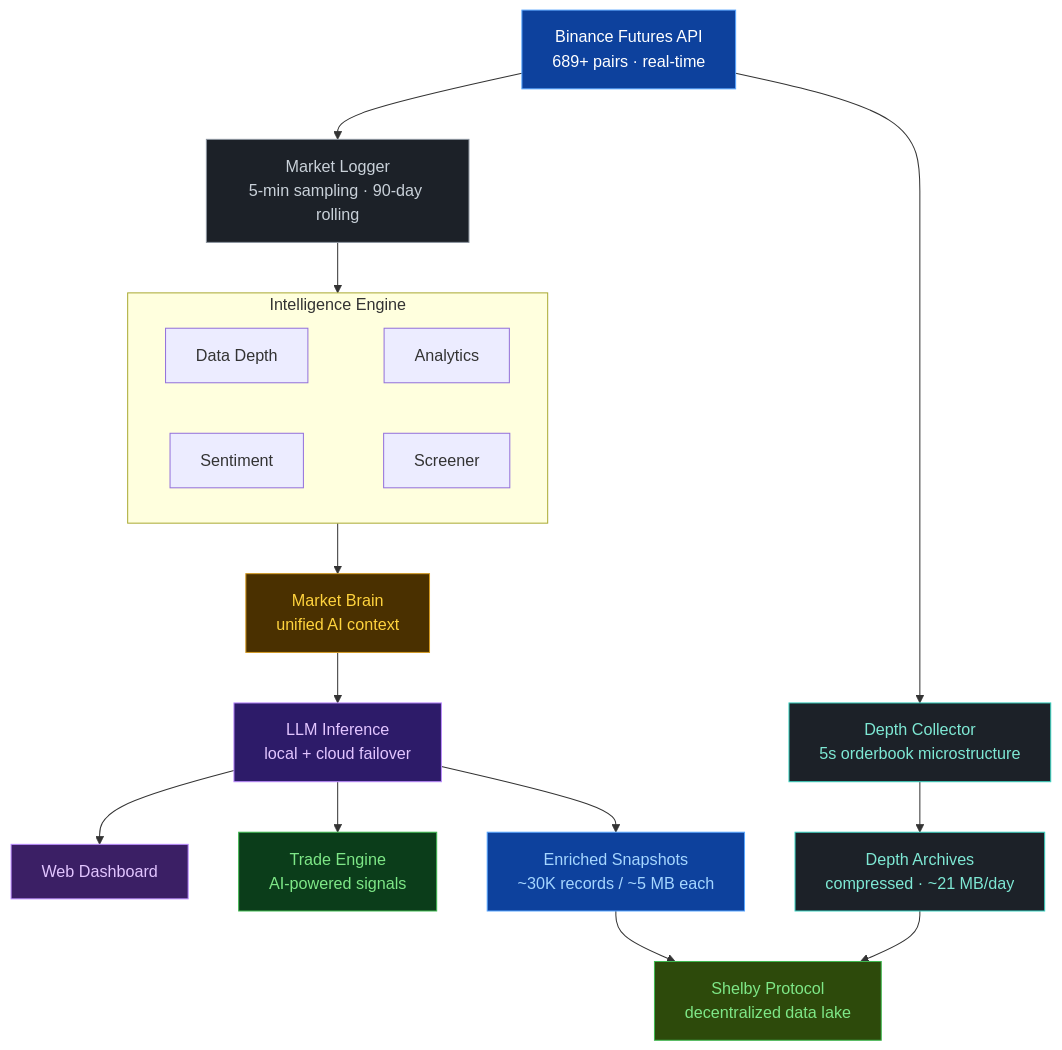
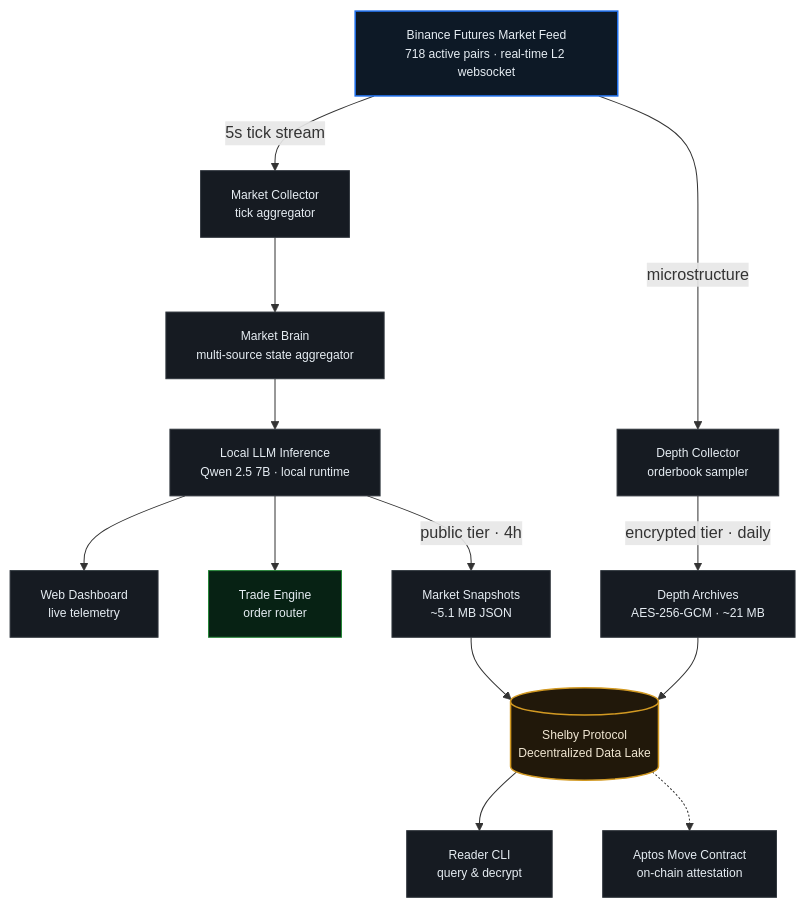
One commit to Assassinprotocol/hansen-ai-research-engine changed the diagram in README.md. Above: the diagram before and after it, drawn with Mermaid. The commit also changed other lines of this file and 8 other files, not shown here.

Commit message:
docs: update architecture overview and storage client

````diff
--- a/README.md
+++ b/README.md
@@ -138,35 +138,38 @@
 ```mermaid
 graph TD
-    A["Binance Futures API<br/>689+ pairs · real-time"] --> B
-    B["Market Logger<br/>5-min sampling · 90-day rolling"] --> C
+    %% TIER 1: INGESTION
+    FEED["Binance Futures Market Feed<br/>718 active pairs · real-time L2 websocket"]
 
-    subgraph C["Intelligence Engine"]
-        direction LR
-        C1["Data Depth"] ~~~ C2["Analytics"]
-        C3["Sentiment"] ~~~ C4["Screener"]
-    end
+    %% TIER 2: PARALLEL AGGREGATION
+    FEED -->|5s tick stream| TICK["Market Collector<br/>tick aggregator"]
+    FEED -->|microstructure| DEPTH["Depth Collector<br/>orderbook sampler"]
 
-    A --> DC["Depth Collector<br/>5s orderbook microstructure"]
+    %% TIER 3: INTELLIGENCE CORE
+    TICK --> BRAIN["Market Brain<br/>multi-source state aggregator"]
+    BRAIN --> LLM["Local LLM Inference<br/>Qwen 2.5 7B · local runtime"]
 
-    C --> D["Market Brain<br/>unified AI context"]
-    D --> E["LLM Inference<br/>local + cloud failover"]
+    %% TIER 4: OUTPUT SPLIT
+    LLM --> DASH["Web Dashboard<br/>live telemetry"]
+    LLM --> EXEC["Trade Engine<br/>order router"]
+    LLM -->|public tier · 4h| SNAP["Market Snapshots<br/>~5.1 MB JSON"]
+    DEPTH -->|encrypted tier · daily| ARCH["Depth Archives<br/>AES-256-GCM · ~21 MB"]
 
-    E --> G["Web Dashboard"]
-    E --> H["Trade Engine<br/>AI-powered signals"]
-    E --> S["Enriched Snapshots<br/>~30K records / ~5 MB each"]
-    DC --> DCA["Depth Archives<br/>compressed · ~21 MB/day"]
+    %% TIER 5: DECENTRALIZED PERSISTENCE
+    SNAP --> SHELBY[("Shelby Protocol<br/>Decentralized Data Lake")]
+    ARCH --> SHELBY
 
-    S --> SH["Shelby Protocol<br/>decentralized data lake"]
-    DCA --> SH
+    %% TIER 6: CONSUMPTION & PROOF
+    SHELBY --> CLI["Reader CLI<br/>query & decrypt"]
+    SHELBY -.-> APTOS["Aptos Move Contract<br/>on-chain attestation"]
 
-    style A fill:#0d419d,stroke:#58a6ff,color:#fff
-    style B fill:#1c2128,stroke:#8b949e,color:#c9d1d9
-    style DC fill:#1c2128,stroke:#39d2c0,color:#7ee8d4
-    style D fill:#4a3000,stroke:#d29922,color:#ffd33d
-    style E fill:#2d1b69,stroke:#bc8cff,color:#e2c5ff
-    style G fill:#3b1f65,stroke:#bc8cff,color:#e2c5ff
-    style H fill:#0b3d1a,stroke:#3fb950,color:#7ee787
-    style S fill:#0d419d,stroke:#58a6ff,color:#a5d6ff
-    style DCA fill:#1c2128,stroke:#39d2c0,color:#7ee8d4
-    style SH fill:#2d4a0b,stroke:#3fb950,color:#7ee787
+    classDef default font-family:sans-serif,font-size:12px;
+    classDef nodeBase fill:#161b22,stroke:#30363d,color:#e6edf3,stroke-width:1px;
+    classDef nodeFeed fill:#0d1926,stroke:#1f6feb,color:#e6edf3,stroke-width:1.5px;
+    classDef nodeExec fill:#072214,stroke:#238636,color:#e6edf3,stroke-width:1px;
+    classDef nodeShelby fill:#21180a,stroke:#d29922,color:#f0e6d2,stroke-width:1.5px;
+
+    class FEED nodeFeed;
+    class TICK,DEPTH,BRAIN,LLM,DASH,SNAP,ARCH,CLI,APTOS nodeBase;
+    class EXEC nodeExec;
+    class SHELBY nodeShelby;
 ```
````
